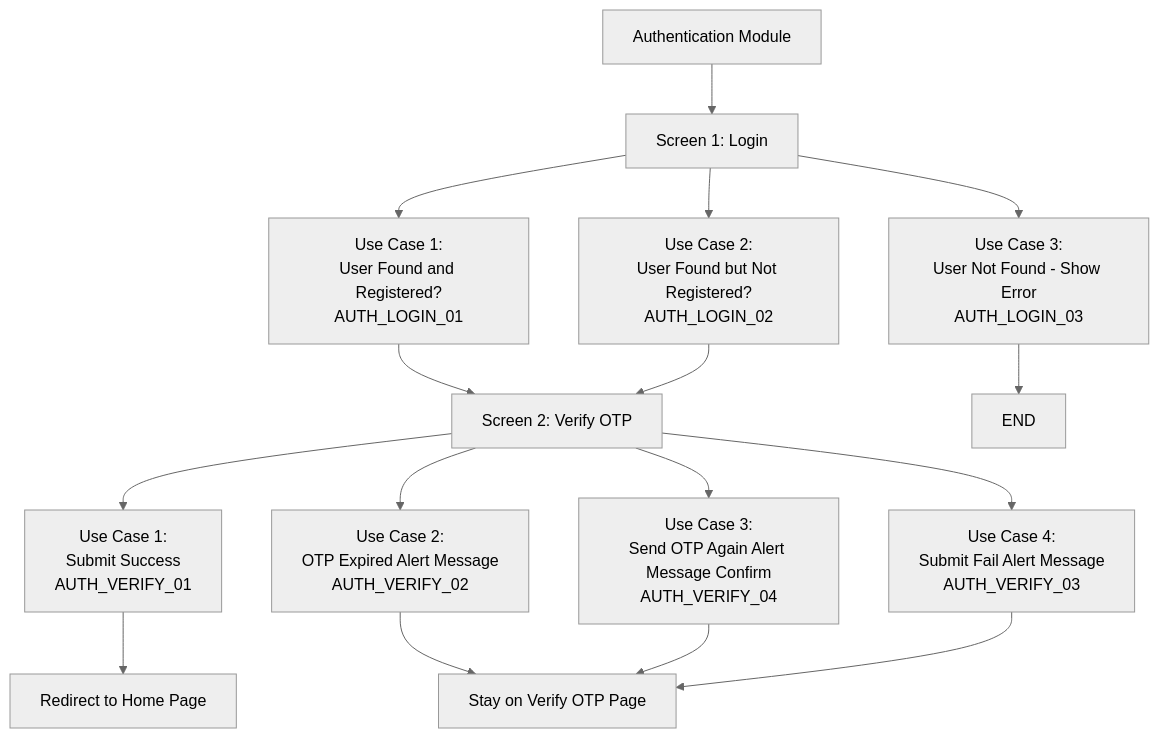
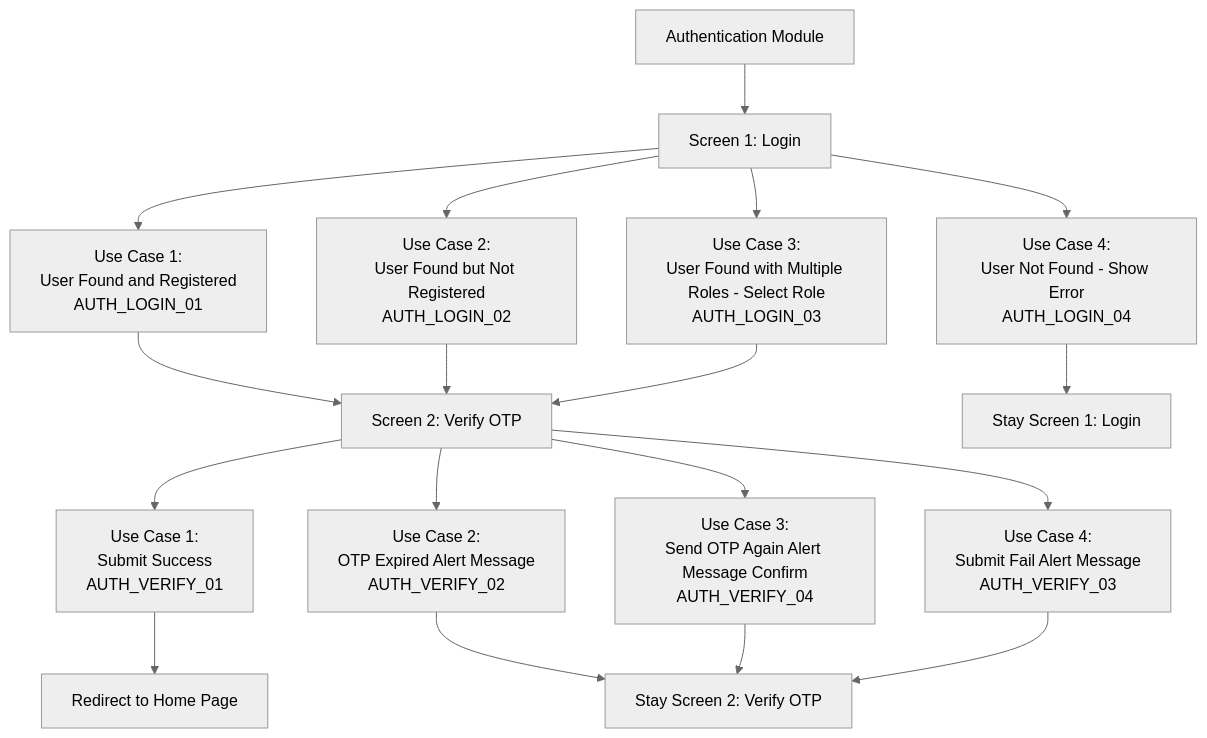
Before and after one commit to phurachan/member-card: the fourth of 7 diagrams in fuel_app_flowchart.md, drawn with Mermaid (neutral theme). The commit also changed other lines of this file and 1 other file, not shown here.

````diff
--- a/fuel_app_flowchart.md
+++ b/fuel_app_flowchart.md
@@ -32,23 +43,26 @@
 ```mermaid
 graph TD
     AUTH[Authentication Module] --> STEP1[Screen 1: Login]
     
-    STEP1 -->UC1[Use Case 1:<br/>User Found and Registered?<br/>AUTH_LOGIN_01]
-    STEP1 -->UC2[Use Case 2:<br/>User Found but Not Registered?<br/>AUTH_LOGIN_02]
-    STEP1 -->UC3[Use Case 3:<br/>User Not Found - Show Error<br/>AUTH_LOGIN_03]
+    STEP1 -->UC1[Use Case 1:<br/>User Found and Registered<br/>AUTH_LOGIN_01]
+    STEP1 -->UC2[Use Case 2:<br/>User Found but Not Registered<br/>AUTH_LOGIN_02]
+    STEP1 -->UC3[Use Case 3:<br/>User Found with Multiple Roles - Select Role<br/>AUTH_LOGIN_03]
+    STEP1 -->UC4[Use Case 4:<br/>User Not Found - Show Error<br/>AUTH_LOGIN_04]
 
     UC1 -->STEP2[Screen 2: Verify OTP]
     UC2 -->STEP2
-    UC3 -->END
+    UC3 -->STEP2
+    UC4 -->STAY_SCREEN_1[Stay Screen 1: Login]
     
-    STEP2 -->UC4[Use Case 1:<br/>Submit Success<br/>AUTH_VERIFY_01]
-    STEP2 -->UC5[Use Case 2:<br/>OTP Expired Alert Message<br/>AUTH_VERIFY_02]
-    STEP2 -->UC6[Use Case 3:<br/>Send OTP Again Alert Message Confirm<br/>AUTH_VERIFY_04]
-    STEP2 -->UC7[Use Case 4:<br/>Submit Fail Alert Message<br/>AUTH_VERIFY_03]
+    STEP2 -->UC5[Use Case 1:<br/>Submit Success<br/>AUTH_VERIFY_01]
+    STEP2 -->UC6[Use Case 2:<br/>OTP Expired Alert Message<br/>AUTH_VERIFY_02]
+    STEP2 -->UC7[Use Case 3:<br/>Send OTP Again Alert Message Confirm<br/>AUTH_VERIFY_04]
+    STEP2 -->UC8[Use Case 4:<br/>Submit Fail Alert Message<br/>AUTH_VERIFY_03]
 
-    UC4 -->SUCCESS[Redirect to Home Page]
-    UC5 -->STAY[Stay in Verify OTP Page]
-    UC6 -->STAY[Stay in Verify OTP Page]
-    UC7 -->STAY[Stay on Verify OTP Page]
+    UC5 -->SUCCESS[Redirect to Home Page]
+    UC6 -->STAY_SCREEN_2[Stay Screen 2: Verify OTP]
+    UC7 -->STAY_SCREEN_2
+    UC8 -->STAY_SCREEN_2
+
     
 ```
````
